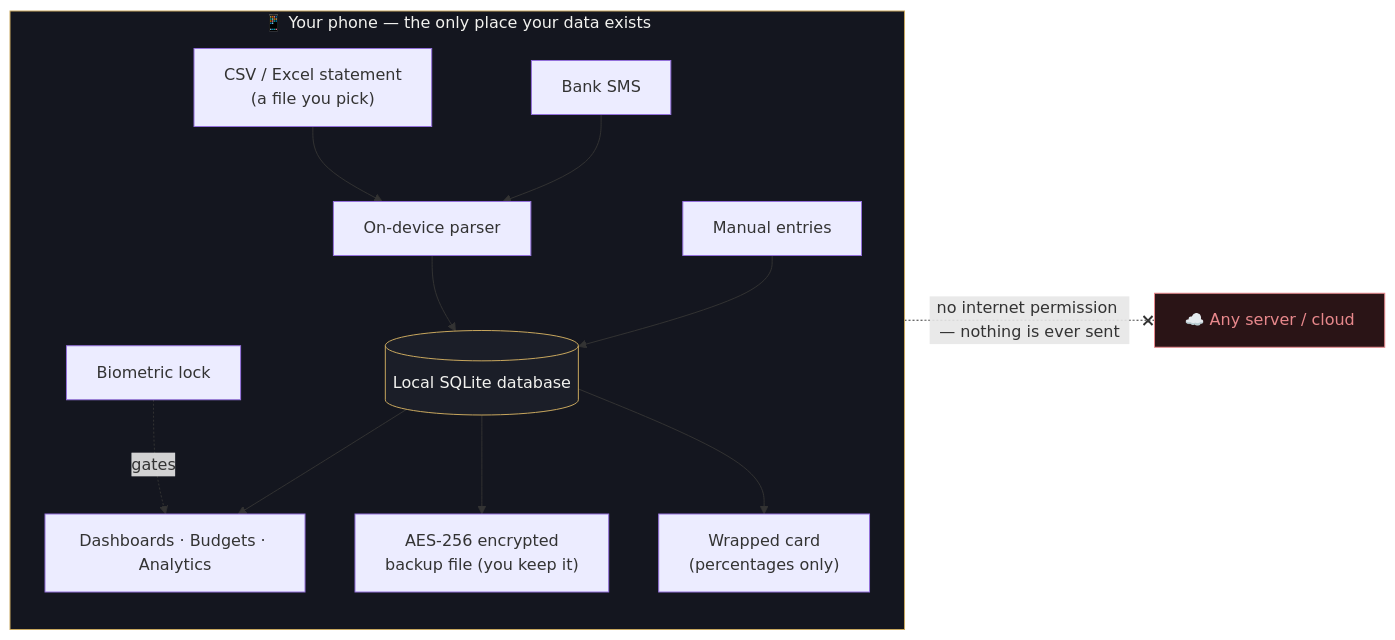
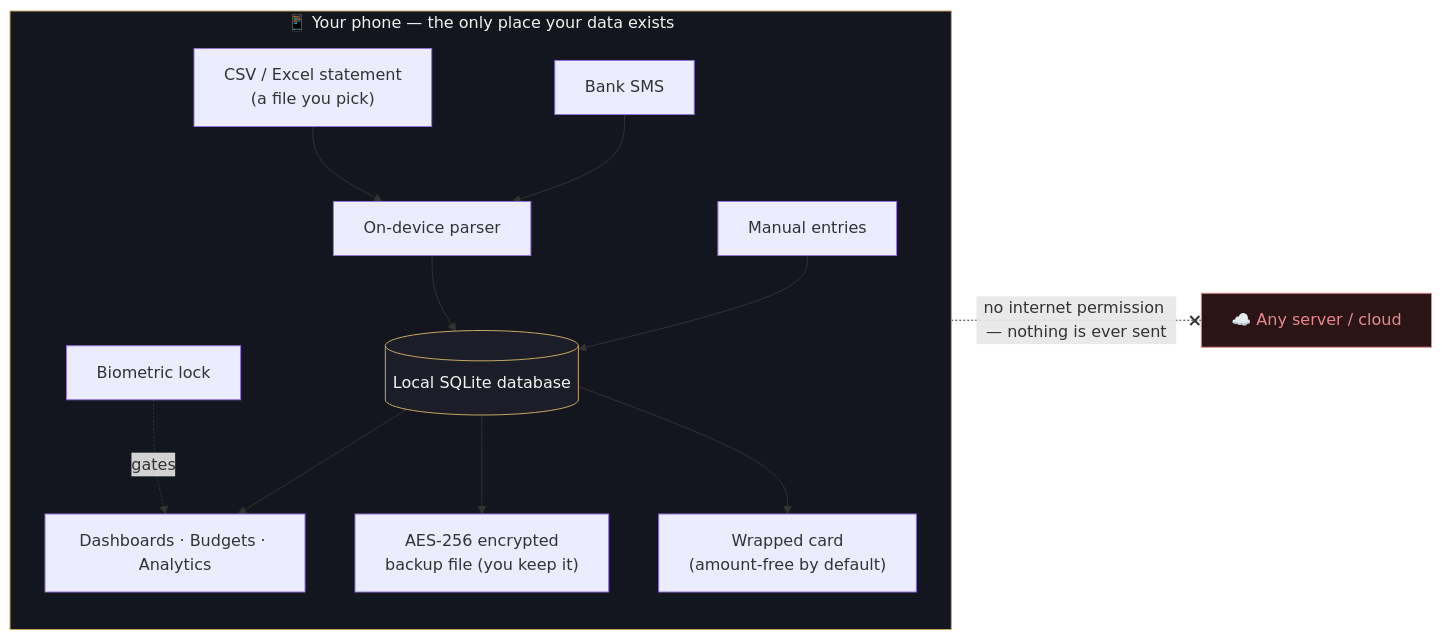
The second of 9 diagrams in README.md (Yolo-cell-hash/budgetify), drawn with Mermaid before and after one commit. The commit also changed other lines of this file, not shown here.

First line of the commit message:
Follow README up to Wrapped 2.0 (v1.39.0)

````diff
--- a/README.md
+++ b/README.md
@@ -238,20 +244,20 @@
 ```mermaid
 flowchart LR
   subgraph PHONE["📱 Your phone — the only place your data exists"]
     direction TB
     SMS["Bank SMS"] --> P["On-device parser"]
     ST["CSV / Excel statement<br/>(a file you pick)"] --> P
     M["Manual entries"] --> DB[("Local SQLite database")]
     P --> DB
     DB --> UI["Dashboards · Budgets · Analytics"]
     DB --> BK["AES-256 encrypted<br/>backup file (you keep it)"]
-    DB --> W["Wrapped card<br/>(percentages only)"]
+    DB --> W["Wrapped card<br/>(amount-free by default)"]
     LOCK["Biometric lock"] -.gates.-> UI
   end
   CLOUD["☁️ Any server / cloud"]
   PHONE -. "no internet permission — nothing is ever sent" .-x CLOUD
 
   style PHONE fill:#14161F,stroke:#C8A75E,color:#F2F2EF
   style CLOUD fill:#2A1416,stroke:#E8888C,color:#E8888C
   style DB fill:#1B1E28,stroke:#C8A75E,color:#F2F2EF
 ```
````
